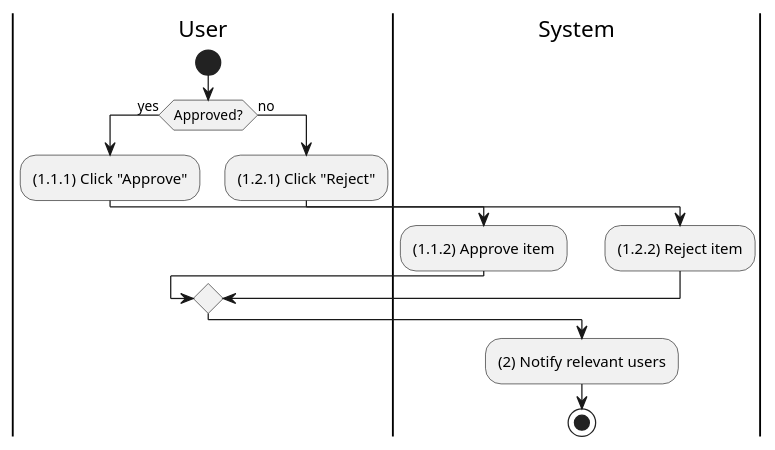
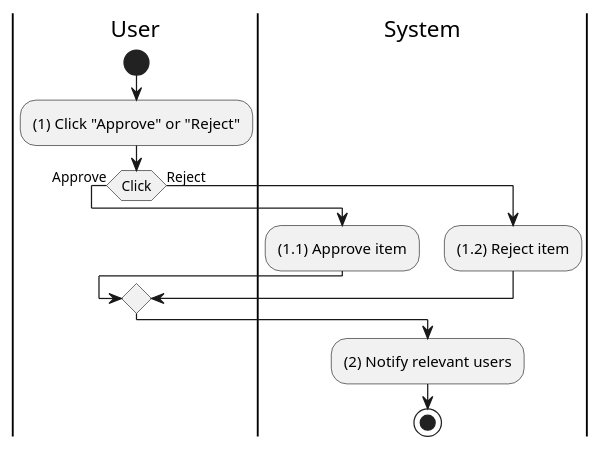
One commit to phihungha/scmss-reqs changed the diagram in activities/production-order-approve.plantuml. Above: the diagram before and after it, drawn with PlantUML. The commit also changed 3 other files, not shown here.

```diff
--- a/activities/production-order-approve.plantuml
+++ b/activities/production-order-approve.plantuml
@@ -1,21 +1,18 @@
 @startuml production-order-approve
 |u|User
 |s|System
 
 |u|
 start
-
-if (Approved?) then (yes)
-    :(1.1.1) Click "Approve";
+:(1) Click "Approve" or "Reject";
+if (Click) then (Approve)
     |s|
-    :(1.1.2) Approve item;
-else (no)
-    |u|
-    :(1.2.1) Click "Reject";
+    :(1.1) Approve item;
+else (Reject)
     |s|
-    :(1.2.2) Reject item;
+    :(1.2) Reject item;
 endif
 
 :(2) Notify relevant users;
 stop
 @enduml
```
